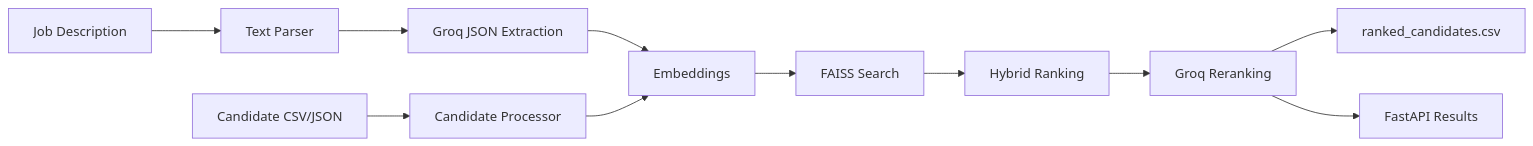
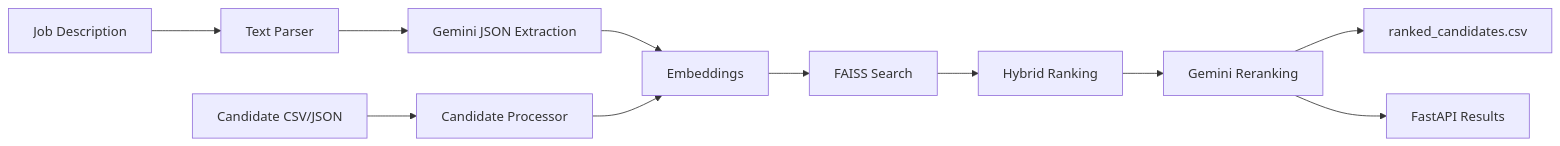
The diagram in README.md (dharaneeshiba02/Indiaruns_Hackathon), drawn with Mermaid before and after one commit. The commit also changed other lines of this file and 14 other files, not shown here.

````diff
--- a/README.md
+++ b/README.md
@@ -19,13 +19,13 @@
 ```mermaid
 flowchart LR
     A[Job Description] --> B[Text Parser]
-    B --> C[Groq JSON Extraction]
+    B --> C[Gemini JSON Extraction]
     D[Candidate CSV/JSON] --> E[Candidate Processor]
     C --> F[Embeddings]
     E --> F
     F --> G[FAISS Search]
     G --> H[Hybrid Ranking]
-    H --> I[Groq Reranking]
+    H --> I[Gemini Reranking]
     I --> J[ranked_candidates.csv]
     I --> K[FastAPI Results]
 ```
````
